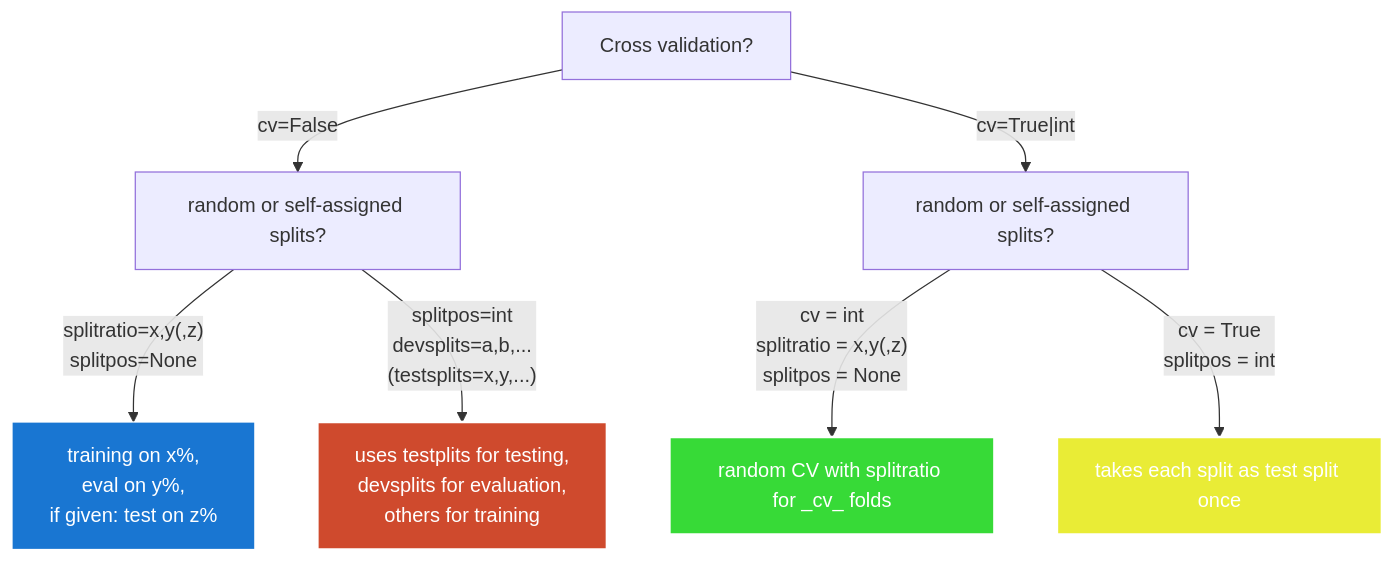
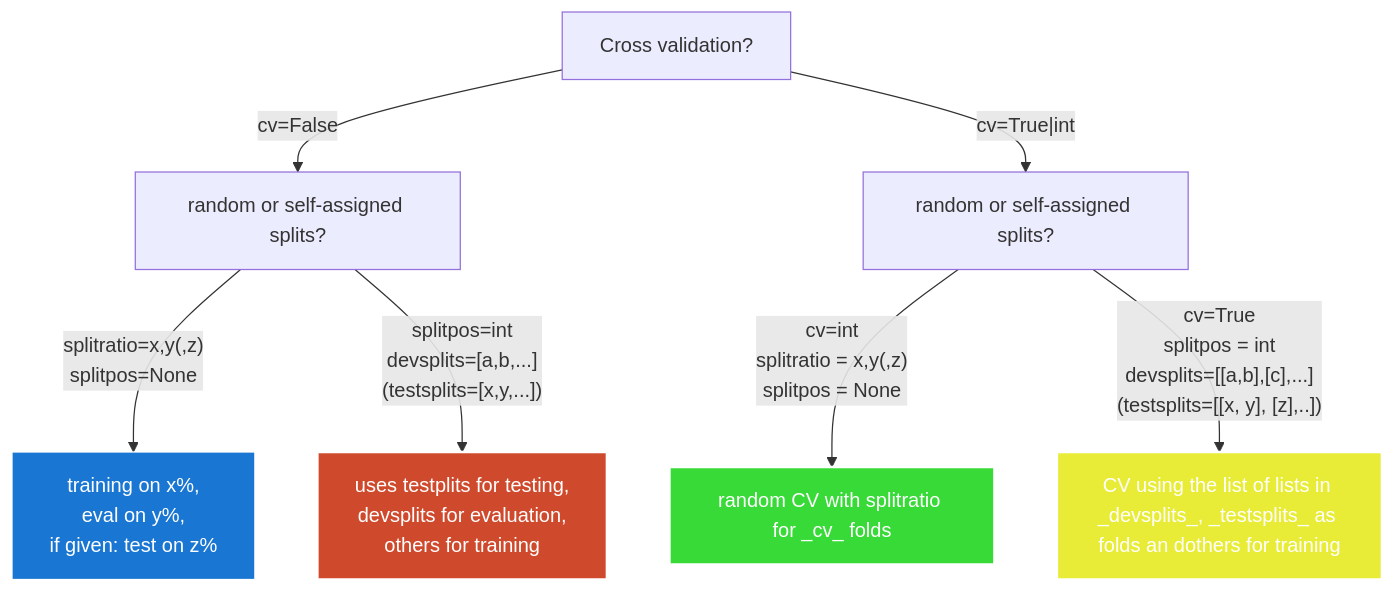
One commit to dieterich-lab/rna_saluki_cnn changed the diagram in README.md. Above: the diagram before and after it, drawn with Mermaid. The commit also changed other lines of this file and 1 other file, not shown here.

Commit message:
Updating Readme and config to reflect the new behaviour of CV running with custom splits.

````diff
--- a/README.md
+++ b/README.md
@@ -278,21 +280,21 @@
 ```mermaid
 flowchart TD
     cv[Cross validation?]
     random_or_splits_noncv[random or self-assigned splits?]
     random_or_splits_cv[random or self-assigned splits?]
 	random_noncv[training on x%,<br> eval on y%,<br>if given: test on z%]:::A
 	splits_noncv[uses testplits for testing,<br> devsplits for evaluation,<br> others for training]:::B
 	random_cv[random CV with splitratio for _cv_ folds]:::C
-	splits_cv[takes each split as test split once]:::D
+	splits_cv[CV using the list of lists in _devsplits_, _testsplits_ as folds an dothers for training]:::D
 
 	cv -- cv=False --> random_or_splits_noncv
     cv -- cv=True|int --> random_or_splits_cv
 	random_or_splits_noncv -- splitratio=x,y(,z)<br> splitpos=None --> random_noncv
-	random_or_splits_noncv -- splitpos=int<br> devsplits=a,b,... <br> (testsplits=x,y,...) --> splits_noncv
-	random_or_splits_cv -- cv = int <br>splitratio = x,y(,z) <br> splitpos = None --> random_cv
-	random_or_splits_cv -- cv = True <br>splitpos = int--> splits_cv
+	random_or_splits_noncv -- splitpos=int<br> devsplits=[a,b,...] <br> (testsplits=[x,y,...]) --> splits_noncv
+	random_or_splits_cv -- cv=int <br>splitratio = x,y(,z) <br> splitpos = None --> random_cv
+	random_or_splits_cv -- cv=True <br>splitpos = int <br> devsplits=[[a,b],[c],...] <br> (testsplits=[[x, y], [z],..])--> splits_cv
     classDef A fill:#1976d2,stroke:#fff,stroke-wwdth:2px,color:#fff,stroke-dasharray: 0;
     classDef B fill:#cf4a2d,stroke:#fff,stroke-width:2px,color:#fff,stroke-dasharray: 0;
     classDef C fill:#37da37,stroke:#fff,stroke-width:2px,color:#fff,stroke-dasharray: 0;
     classDef D fill:#e9ec36,stroke:#fff,stroke-width:2px,color:#fff,stroke-dasharray: 0;
 ```
````
